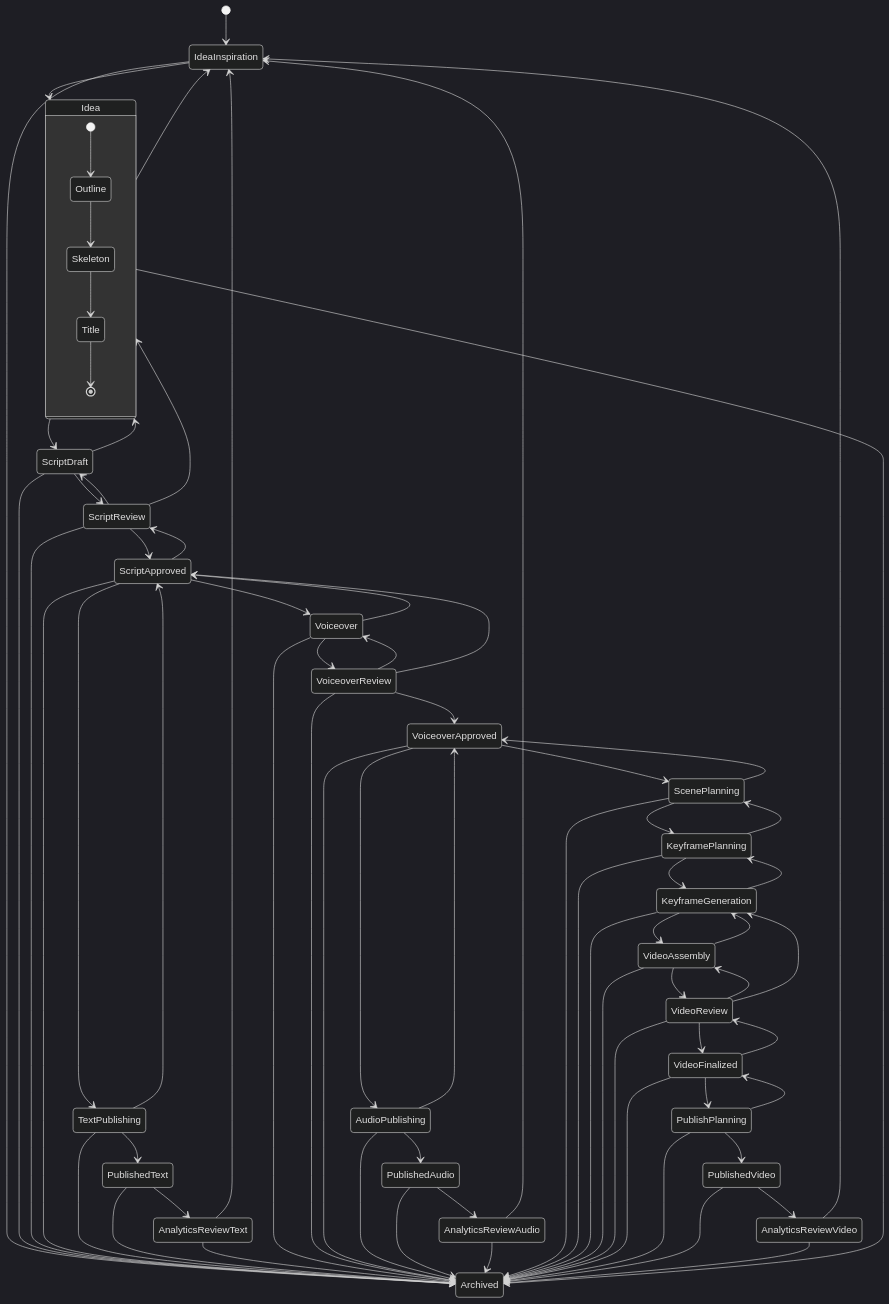
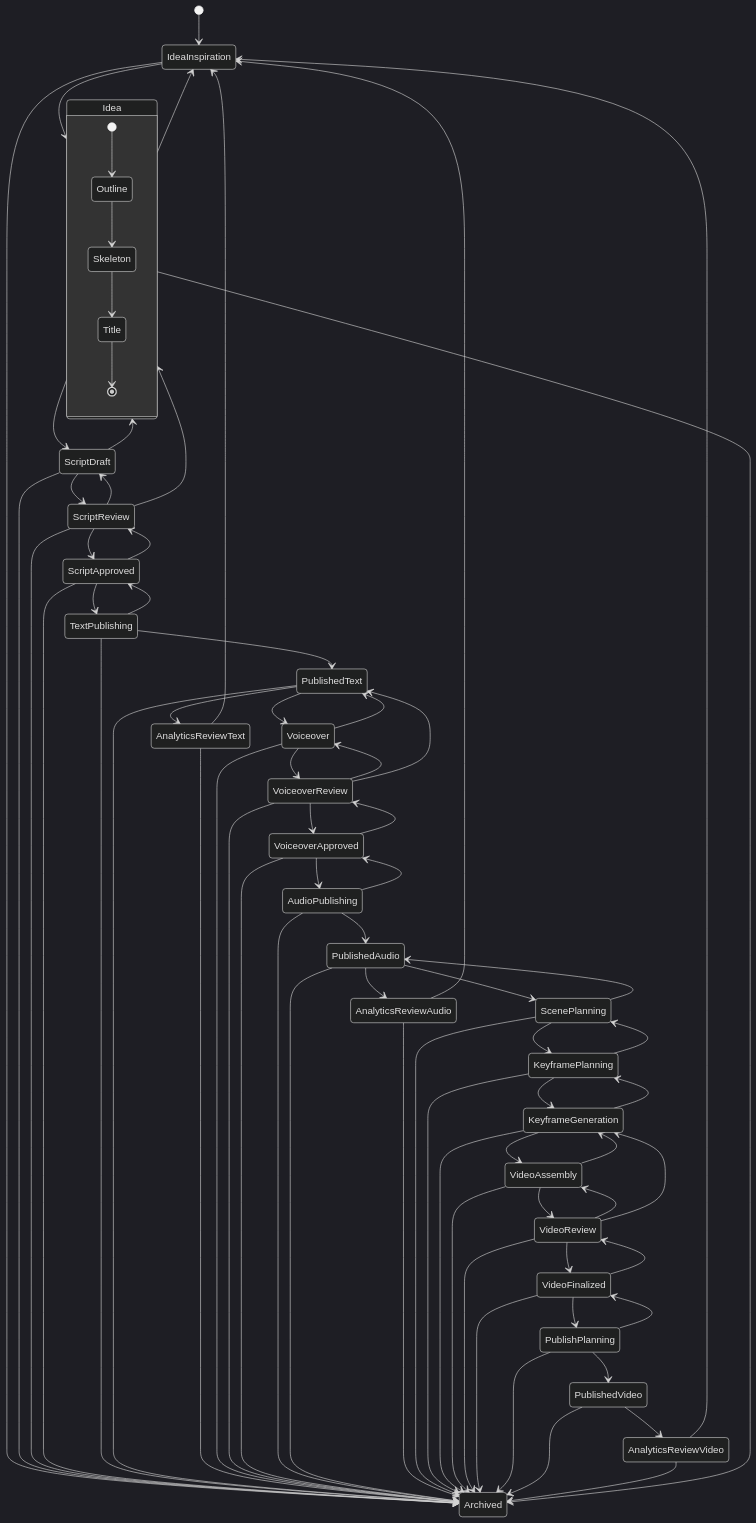
One commit to Nomoos/PrismQ changed the diagram in WORKFLOW.md. Above: the diagram before and after it, drawn with Mermaid (dark theme). The commit also changed other lines of this file and 1 other file, not shown here.

Commit message:
Update workflow to sequential format enrichment: text→audio→video data flow

```diff
--- a/WORKFLOW.md
+++ b/WORKFLOW.md
@@ -36,7 +36,6 @@
     ScriptReview --> Archived
 
     ScriptApproved --> TextPublishing
-    ScriptApproved --> Voiceover
     ScriptApproved --> ScriptReview
     ScriptApproved --> Archived
 
@@ -45,24 +44,25 @@
     TextPublishing --> ScriptApproved
     TextPublishing --> Archived
 
+    PublishedText --> Voiceover
     PublishedText --> AnalyticsReviewText
     PublishedText --> Archived
 
     AnalyticsReviewText --> Archived
     AnalyticsReviewText --> IdeaInspiration
 
-    %% Audio Production continues
+    %% Audio Production uses published text
     Voiceover --> VoiceoverReview
-    Voiceover --> ScriptApproved
+    Voiceover --> PublishedText
     Voiceover --> Archived
 
     VoiceoverReview --> VoiceoverApproved
     VoiceoverReview --> Voiceover
-    VoiceoverReview --> ScriptApproved
+    VoiceoverReview --> PublishedText
     VoiceoverReview --> Archived
 
     VoiceoverApproved --> AudioPublishing
-    VoiceoverApproved --> ScenePlanning
+    VoiceoverApproved --> VoiceoverReview
     VoiceoverApproved --> Archived
 
     %% Audio Publication Branch
@@ -70,15 +70,16 @@
     AudioPublishing --> VoiceoverApproved
     AudioPublishing --> Archived
 
+    PublishedAudio --> ScenePlanning
     PublishedAudio --> AnalyticsReviewAudio
     PublishedAudio --> Archived
 
     AnalyticsReviewAudio --> Archived
     AnalyticsReviewAudio --> IdeaInspiration
 
-    %% Video Production continues
+    %% Video Production uses published audio
     ScenePlanning --> KeyframePlanning
-    ScenePlanning --> VoiceoverApproved
+    ScenePlanning --> PublishedAudio
     ScenePlanning --> Archived
 
     KeyframePlanning --> KeyframeGeneration
```
